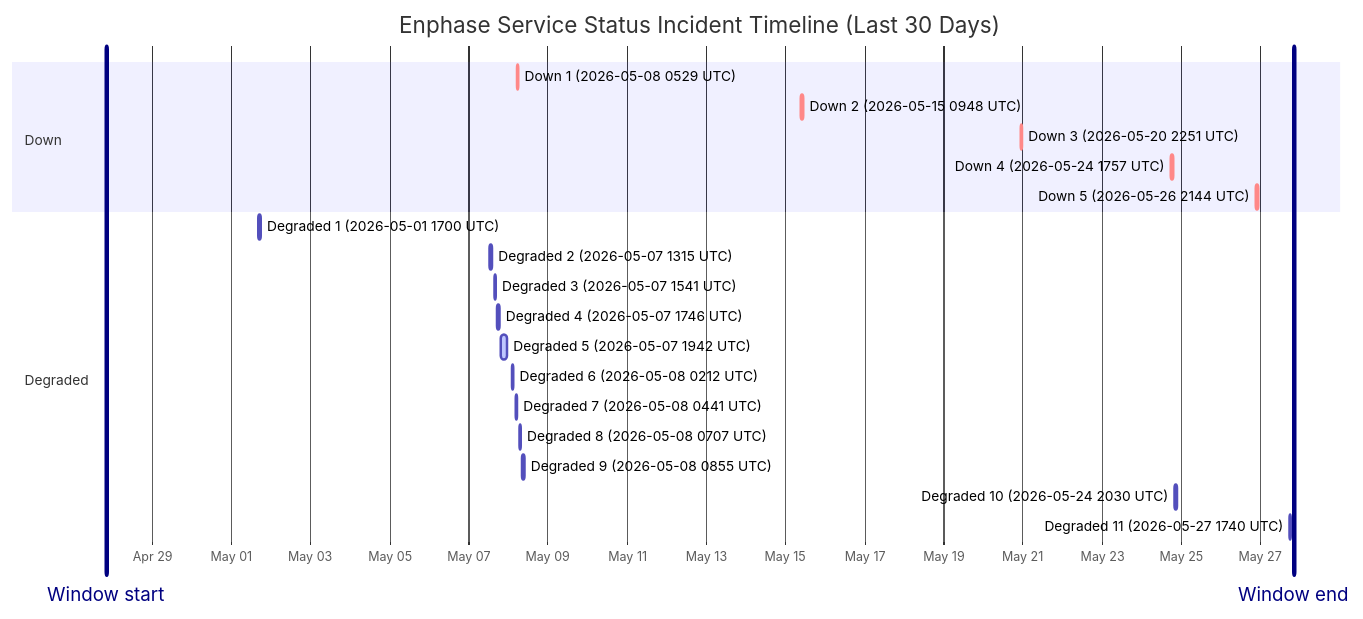
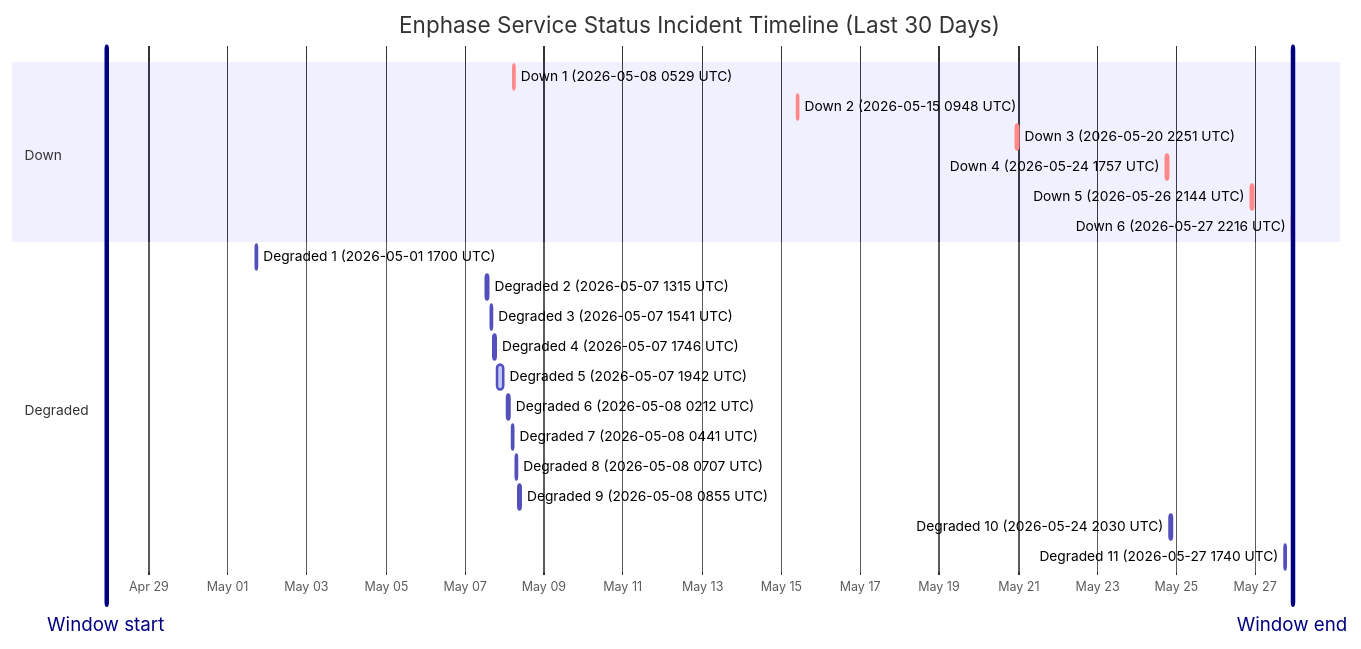
The diagram in wiki/Service-Status-History.md (barneyonline/ha-enphase-ev-charger), drawn with Mermaid before and after one commit. The commit also changed other lines of this file and 5 other files, not shown here.

````diff
--- a/wiki/Service-Status-History.md
+++ b/wiki/Service-Status-History.md
@@ -14,26 +14,27 @@
 ```mermaid
 gantt
     title Enphase Service Status Incident Timeline (Last 30 Days)
     dateFormat  YYYY-MM-DDTHH:mm:ss
     axisFormat  %b %d
-    Window start :vert, window-start, 2026-04-27T20:13:37, 0ms
-    Window end :vert, window-end, 2026-05-27T20:13:37, 0ms
+    Window start :vert, window-start, 2026-04-27T22:16:53, 0ms
+    Window end :vert, window-end, 2026-05-27T22:16:53, 0ms
     section Down
     Down 1 (2026-05-08 0529 UTC) :crit, down-1, 2026-05-08T05:29:47, 60m
     Down 2 (2026-05-15 0948 UTC) :crit, down-2, 2026-05-15T09:48:18, 60m
     Down 3 (2026-05-20 2251 UTC) :crit, down-3, 2026-05-20T22:51:14, 75m
     Down 4 (2026-05-24 1757 UTC) :crit, down-4, 2026-05-24T17:57:41, 86m
     Down 5 (2026-05-26 2144 UTC) :crit, down-5, 2026-05-26T21:44:11, 85m
+    Down 6 (2026-05-27 2216 UTC) :crit, down-6, 2026-05-27T22:16:53, 60m
     section Degraded
     Degraded 1 (2026-05-01 1700 UTC) :active, degraded-1, 2026-05-01T17:00:22, 60m
     Degraded 2 (2026-05-07 1315 UTC) :active, degraded-2, 2026-05-07T13:15:25, 60m
     Degraded 3 (2026-05-07 1541 UTC) :active, degraded-3, 2026-05-07T15:41:58, 60m
     Degraded 4 (2026-05-07 1746 UTC) :active, degraded-4, 2026-05-07T17:46:51, 60m
     Degraded 5 (2026-05-07 1942 UTC) :active, degraded-5, 2026-05-07T19:42:10, 249m
     Degraded 6 (2026-05-08 0212 UTC) :active, degraded-6, 2026-05-08T02:12:39, 60m
     Degraded 7 (2026-05-08 0441 UTC) :active, degraded-7, 2026-05-08T04:41:46, 60m
     Degraded 8 (2026-05-08 0707 UTC) :active, degraded-8, 2026-05-08T07:07:30, 60m
     Degraded 9 (2026-05-08 0855 UTC) :active, degraded-9, 2026-05-08T08:55:20, 88m
     Degraded 10 (2026-05-24 2030 UTC) :active, degraded-10, 2026-05-24T20:30:57, 84m
     Degraded 11 (2026-05-27 1740 UTC) :active, degraded-11, 2026-05-27T17:40:52, 60m
 ```
````
